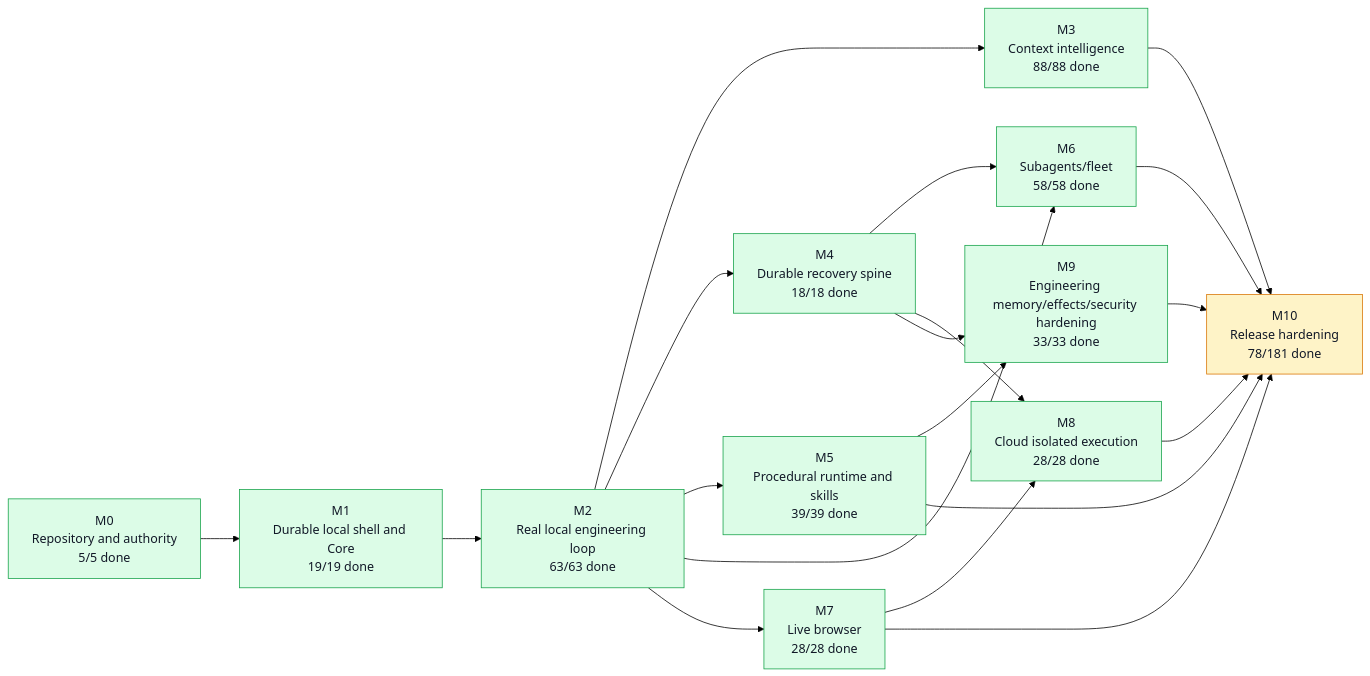
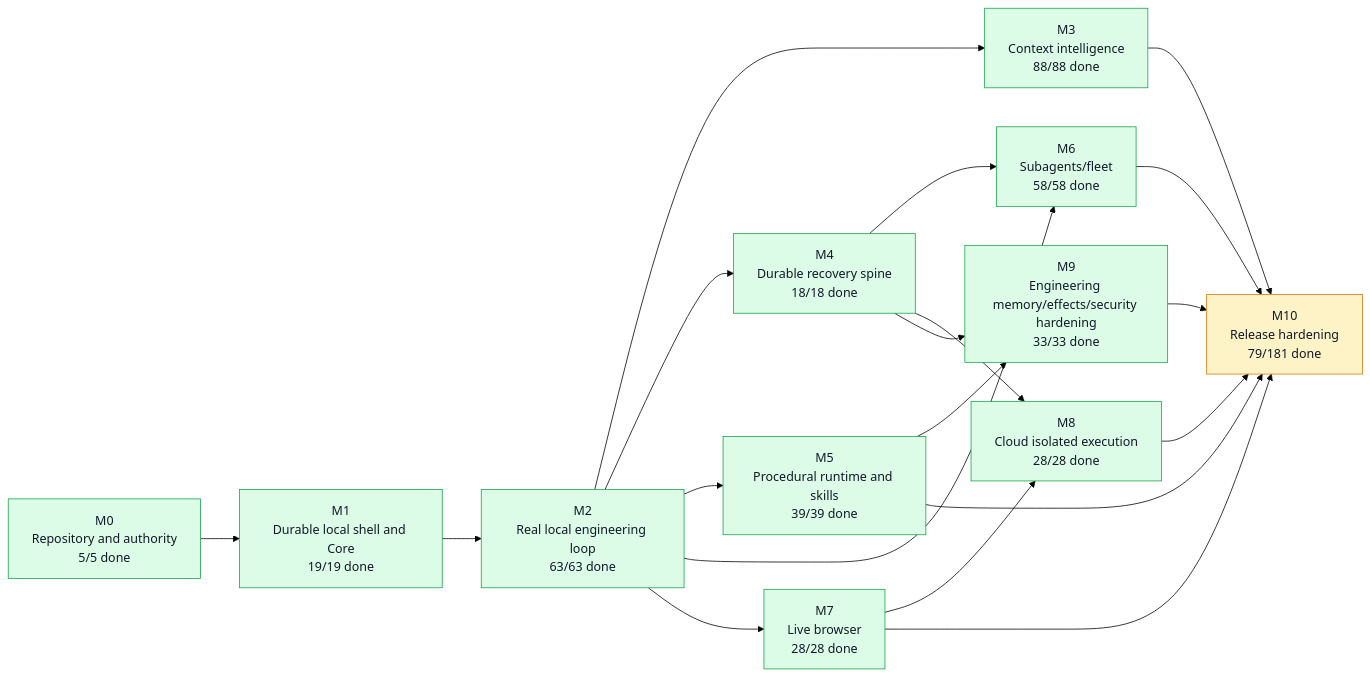
One commit to moss101/modbit changed the first of 5 diagrams in graph/PROJECT_GRAPH.md. Above: the diagram before and after it, drawn with Mermaid (forest theme). The commit also changed other lines of this file and 5 other files, not shown here.

````diff
--- a/graph/PROJECT_GRAPH.md
+++ b/graph/PROJECT_GRAPH.md
@@ -57,43 +57,43 @@
 ```mermaid
 flowchart LR
   M0["M0<br/>Repository and authority<br/>5/5 done"]
   M1["M1<br/>Durable local shell and Core<br/>19/19 done"]
   M2["M2<br/>Real local engineering loop<br/>63/63 done"]
   M3["M3<br/>Context intelligence<br/>88/88 done"]
   M4["M4<br/>Durable recovery spine<br/>18/18 done"]
   M5["M5<br/>Procedural runtime and skills<br/>39/39 done"]
   M6["M6<br/>Subagents/fleet<br/>58/58 done"]
   M7["M7<br/>Live browser<br/>28/28 done"]
   M8["M8<br/>Cloud isolated execution<br/>28/28 done"]
   M9["M9<br/>Engineering memory/effects/security hardening<br/>33/33 done"]
-  M10["M10<br/>Release hardening<br/>78/181 done"]
+  M10["M10<br/>Release hardening<br/>79/181 done"]
   M0 --> M1
   M1 --> M2
   M2 --> M3
   M2 --> M4
   M2 --> M5
   M2 --> M6
   M4 --> M6
   M2 --> M7
   M4 --> M8
   M7 --> M8
   M4 --> M9
   M5 --> M9
   M3 --> M10
   M5 --> M10
   M6 --> M10
   M7 --> M10
   M8 --> M10
   M9 --> M10
   style M0 fill:#dcfce7,stroke:#16a34a,color:#111827
   style M1 fill:#dcfce7,stroke:#16a34a,color:#111827
   style M2 fill:#dcfce7,stroke:#16a34a,color:#111827
   style M3 fill:#dcfce7,stroke:#16a34a,color:#111827
   style M4 fill:#dcfce7,stroke:#16a34a,color:#111827
   style M5 fill:#dcfce7,stroke:#16a34a,color:#111827
   style M6 fill:#dcfce7,stroke:#16a34a,color:#111827
   style M7 fill:#dcfce7,stroke:#16a34a,color:#111827
   style M8 fill:#dcfce7,stroke:#16a34a,color:#111827
   style M9 fill:#dcfce7,stroke:#16a34a,color:#111827
   style M10 fill:#fef3c7,stroke:#d97706,color:#111827
 ```
````
